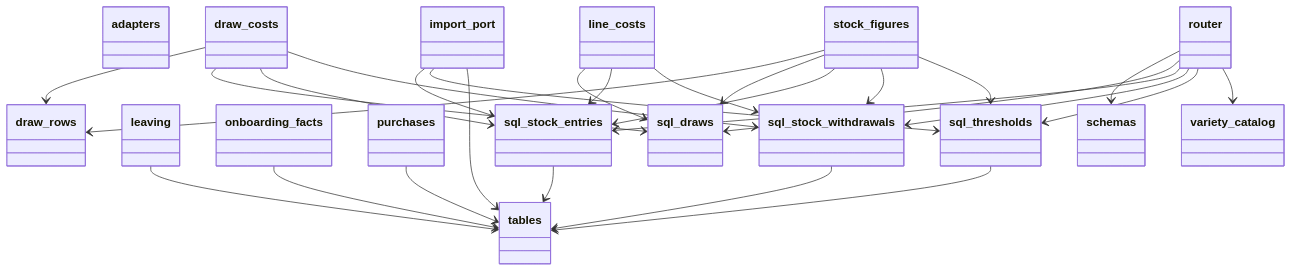
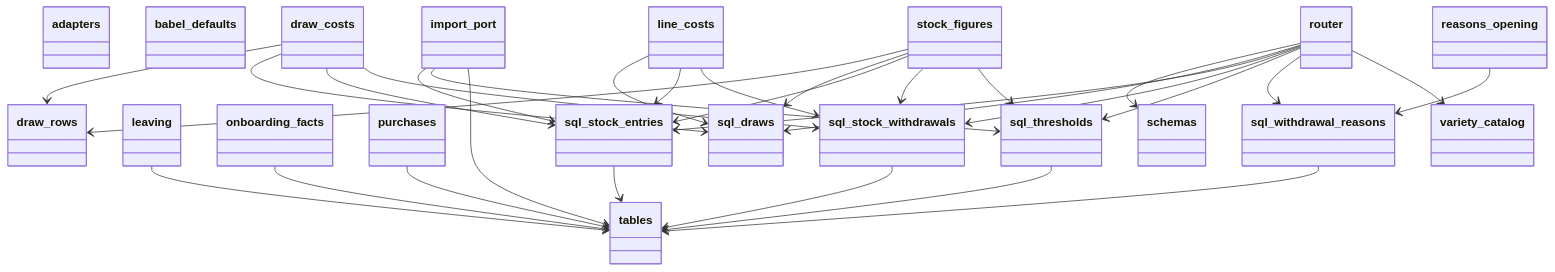
Before and after one commit to GonzaloZevallos/apostrophe: the third of 14 diagrams in docs/architecture/generated/classes/stock.md, drawn with Mermaid. The commit also changed other lines of this file and 16 other files, not shown here.

````diff
--- a/docs/architecture/generated/classes/stock.md
+++ b/docs/architecture/generated/classes/stock.md
@@ -86,64 +92,73 @@
 ```mermaid
 classDiagram
   class adapters {
+  }
+  class babel_defaults {
   }
   class draw_costs {
   }
   class draw_rows {
   }
   class import_port {
   }
   class leaving {
   }
   class line_costs {
   }
   class onboarding_facts {
   }
   class purchases {
   }
+  class reasons_opening {
+  }
   class router {
   }
   class schemas {
   }
   class sql_draws {
   }
   class sql_stock_entries {
   }
   class sql_stock_withdrawals {
   }
   class sql_thresholds {
+  }
+  class sql_withdrawal_reasons {
   }
   class stock_figures {
   }
   class tables {
   }
   class variety_catalog {
   }
   draw_costs --> draw_rows
   draw_costs --> sql_draws
   draw_costs --> sql_stock_entries
   draw_costs --> sql_stock_withdrawals
   import_port --> sql_stock_entries
   import_port --> sql_thresholds
   import_port --> tables
   leaving --> tables
   line_costs --> sql_draws
   line_costs --> sql_stock_entries
   line_costs --> sql_stock_withdrawals
   onboarding_facts --> tables
   purchases --> tables
+  reasons_opening --> sql_withdrawal_reasons
   router --> schemas
   router --> sql_draws
   router --> sql_stock_entries
   router --> sql_stock_withdrawals
   router --> sql_thresholds
+  router --> sql_withdrawal_reasons
   router --> variety_catalog
   sql_stock_entries --> tables
   sql_stock_withdrawals --> tables
   sql_thresholds --> tables
+  sql_withdrawal_reasons --> tables
   stock_figures --> draw_rows
   stock_figures --> sql_draws
   stock_figures --> sql_stock_entries
   stock_figures --> sql_stock_withdrawals
   stock_figures --> sql_thresholds
 ```
````
